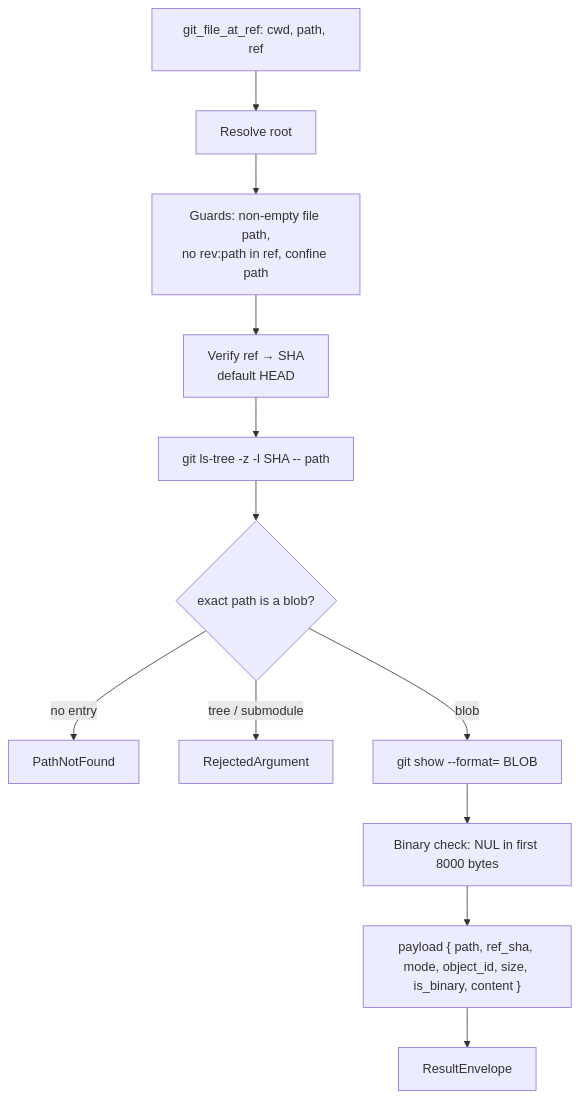
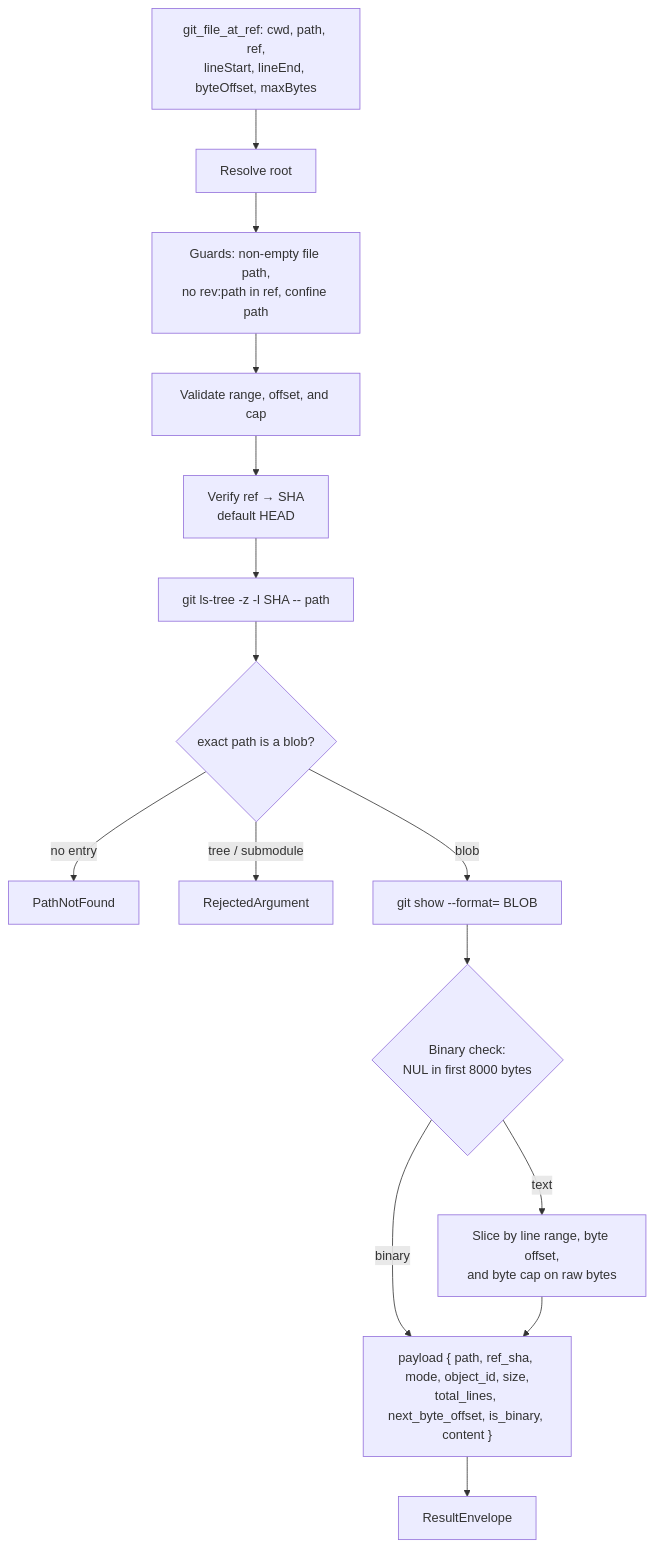
Before and after one commit to brenordv/mcp-toolset: the sixth of 14 diagrams in src/RaccoonNinja.McpToolset.Server.GitOps/README.md, drawn with Mermaid. The commit also changed other lines of this file and 9 other files, not shown here.

Commit message:
`git-ops` v2.5.0. `git_file_at_ref` gained `lineStart`/`lineEnd`

````diff
--- a/src/RaccoonNinja.McpToolset.Server.GitOps/README.md
+++ b/src/RaccoonNinja.McpToolset.Server.GitOps/README.md
@@ -221,14 +248,17 @@
 ```mermaid
 flowchart TD
-    A[git_file_at_ref: cwd, path, ref] --> B[Resolve root]
+    A[git_file_at_ref: cwd, path, ref,<br/>lineStart, lineEnd, byteOffset, maxBytes] --> B[Resolve root]
     B --> C[Guards: non-empty file path,<br/>no rev:path in ref, confine path]
-    C --> D[Verify ref → SHA<br/>default HEAD]
+    C --> V[Validate range, offset, and cap]
+    V --> D[Verify ref → SHA<br/>default HEAD]
     D --> E["git ls-tree -z -l SHA -- path"]
     E --> F{exact path is a blob?}
     F -- no entry --> G[PathNotFound]
     F -- tree / submodule --> H[RejectedArgument]
     F -- blob --> I["git show --format= BLOB"]
-    I --> J[Binary check: NUL in first 8000 bytes]
-    J --> K["payload { path, ref_sha, mode, object_id, size, is_binary, content }"]
+    I --> J{Binary check:<br/>NUL in first 8000 bytes}
+    J -- binary --> K
+    J -- text --> S[Slice by line range, byte offset,<br/>and byte cap on raw bytes]
+    S --> K["payload { path, ref_sha, mode, object_id, size,<br/>total_lines, next_byte_offset, is_binary, content }"]
     K --> L[ResultEnvelope]
 ```
````
